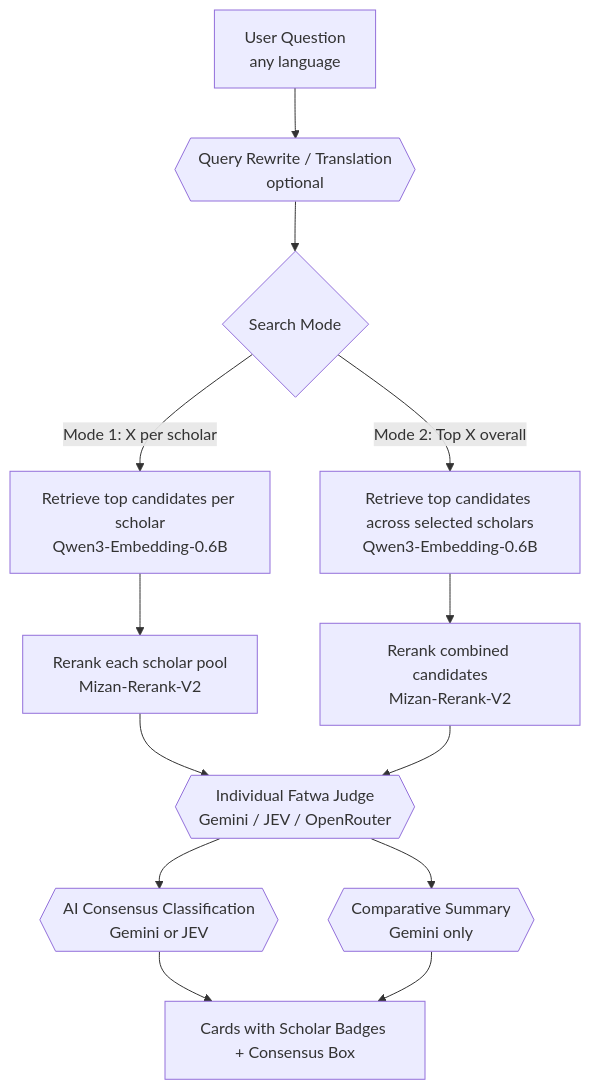
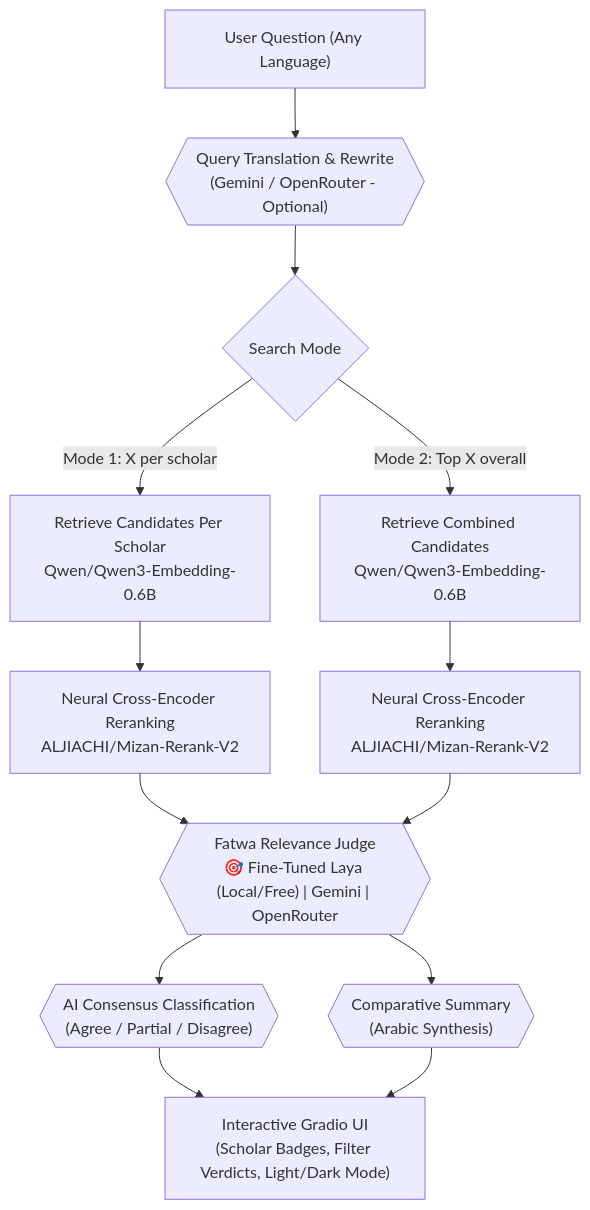
One commit to AbderrahimZineddineEsi/BinBaz-RAG changed the diagram in README.md. Above: the diagram before and after it, drawn with Mermaid. The commit also changed other lines of this file and 8 other files, not shown here.

First line of the commit message:
feat(laya): integrate fine-tuned Laya fatwa relevance judge into app, colab, and docs

````diff
--- a/README.md
+++ b/README.md
@@ -47,15 +77,15 @@
 ```mermaid
 flowchart TD
-    Q[User Question<br/>any language] --> RW{{Query Rewrite / Translation<br/>optional}}
-    RW --> M{Search Mode}
-    M -->|Mode 1: X per scholar| S1[Retrieve top candidates per scholar<br/>Qwen3-Embedding-0.6B]
-    M -->|Mode 2: Top X overall| S2[Retrieve top candidates across selected scholars<br/>Qwen3-Embedding-0.6B]
-    S1 --> R1[Rerank each scholar pool<br/>Mizan-Rerank-V2]
-    S2 --> R2[Rerank combined candidates<br/>Mizan-Rerank-V2]
-    R1 --> J{{Individual Fatwa Judge<br/>Gemini / JEV / OpenRouter}}
+    Q["User Question (Any Language)"] --> RW{{"Query Translation & Rewrite<br/>(Gemini / OpenRouter - Optional)"}}
+    RW --> M{"Search Mode"}
+    M -->|"Mode 1: X per scholar"| S1["Retrieve Candidates Per Scholar<br/>Qwen/Qwen3-Embedding-0.6B"]
+    M -->|"Mode 2: Top X overall"| S2["Retrieve Combined Candidates<br/>Qwen/Qwen3-Embedding-0.6B"]
+    S1 --> R1["Neural Cross-Encoder Reranking<br/>ALJIACHI/Mizan-Rerank-V2"]
+    S2 --> R2["Neural Cross-Encoder Reranking<br/>ALJIACHI/Mizan-Rerank-V2"]
+    R1 --> J{{"Fatwa Relevance Judge<br/>🎯 Fine-Tuned Laya (Local/Free) | Gemini | OpenRouter"}}
     R2 --> J
-    J --> CS{{AI Consensus Classification<br/>Gemini or JEV}}
-    J --> SM{{Comparative Summary<br/>Gemini only}}
-    CS --> O[Cards with Scholar Badges + Consensus Box]
+    J --> CS{{"AI Consensus Classification<br/>(Agree / Partial / Disagree)"}}
+    J --> SM{{"Comparative Summary<br/>(Arabic Synthesis)"}}
+    CS --> O["Interactive Gradio UI<br/>(Scholar Badges, Filter Verdicts, Light/Dark Mode)"]
     SM --> O
 ```
````
